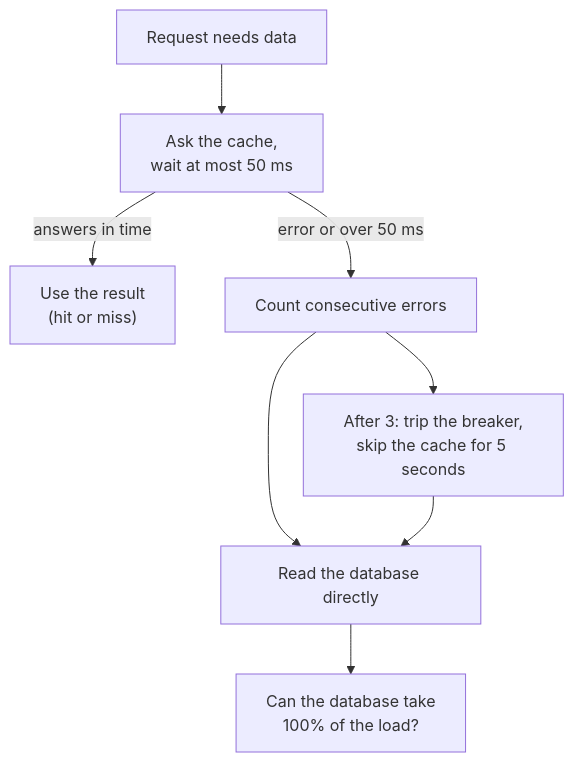
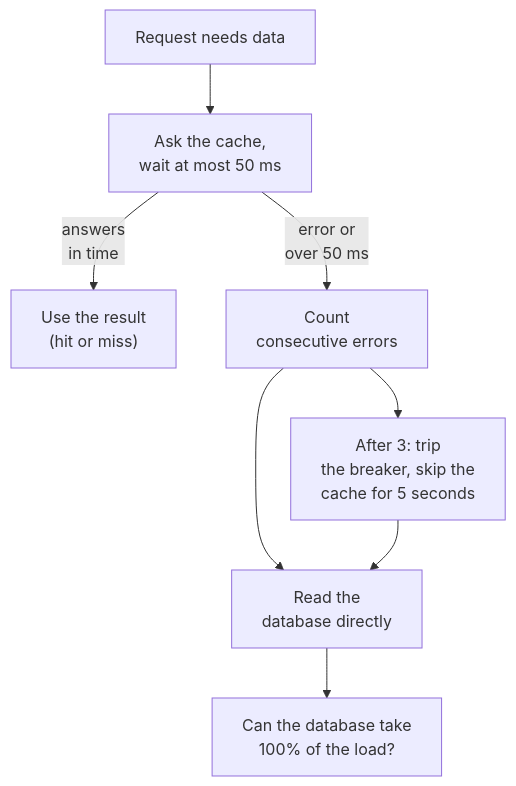
Before and after one commit to duongbui234/software-engineering-atlas: the diagram in content/en/posts/2026-11-22-caching-operations.md, drawn with Mermaid. The commit also changed 134 other files, not shown here.

First line of the commit message:
Fit every Mermaid diagram at 390px without sideways scroll (#56)

````diff
--- a/content/en/posts/2026-11-22-caching-operations.md
+++ b/content/en/posts/2026-11-22-caching-operations.md
@@ -52,10 +52,10 @@
 ```mermaid
 flowchart TB
     R["Request needs data"] --> T["Ask the cache,<br/>wait at most 50 ms"]
-    T -->|"answers in time"| H["Use the result<br/>(hit or miss)"]
-    T -->|"error or over 50 ms"| C["Count consecutive errors"]
-    C --> B["After 3: trip the breaker,<br/>skip the cache for 5 seconds"]
-    C --> D["Read the database directly"]
+    T -->|"answers<br/>in time"| H["Use the result<br/>(hit or miss)"]
+    T -->|"error or<br/>over 50 ms"| C["Count<br/>consecutive errors"]
+    C --> B["After 3: trip<br/>the breaker, skip the<br/>cache for 5 seconds"]
+    C --> D["Read the<br/>database directly"]
     B --> D
     D --> L["Can the database take<br/>100% of the load?"]
 ```
````
